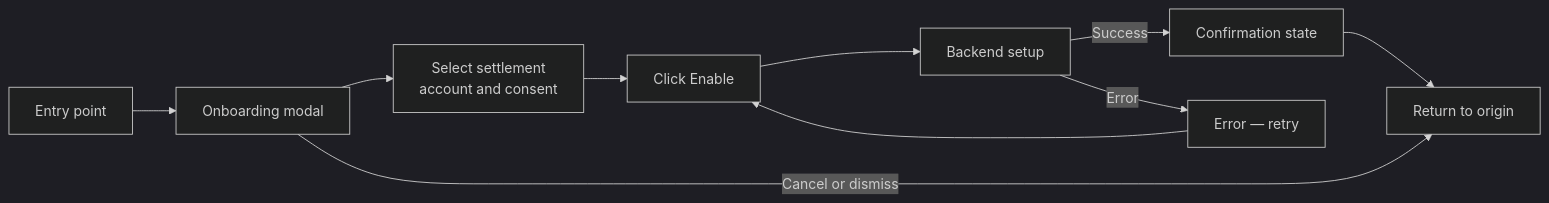
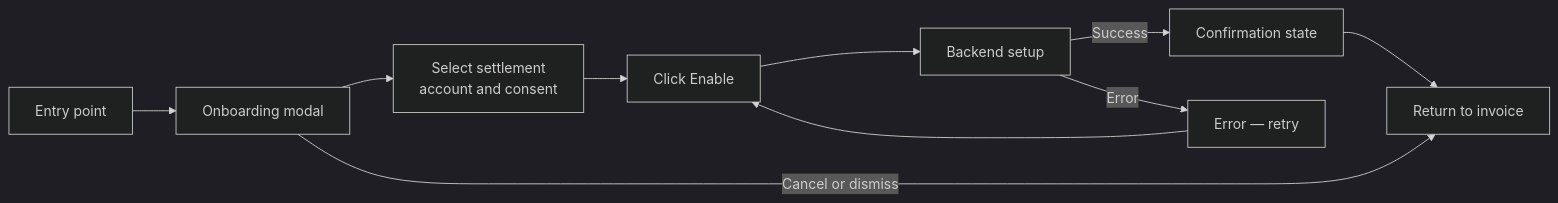
One commit to eddyhorwood/a2a-tiger-prototypes changed the diagram in docs/specifications/merchant-onboarding-ui/ux-spec.md. Above: the diagram before and after it, drawn with Mermaid (dark theme). The commit also changed other lines of this file, not shown here.

````diff
--- a/docs/specifications/merchant-onboarding-ui/ux-spec.md
+++ b/docs/specifications/merchant-onboarding-ui/ux-spec.md
@@ -70,12 +70,12 @@
 ```mermaid
 flowchart LR
 	A[Entry point] --> B[Onboarding modal]
 	B --> C[Select settlement\naccount and consent]
 	C --> D[Click Enable]
 	D --> E[Backend setup]
 	E -->|Success| F[Confirmation state]
 	E -->|Error| G[Error — retry]
 	G --> D
-	F --> H[Return to origin]
+	F --> H[Return to invoice]
 	B -->|Cancel or dismiss| H
 ```
````
